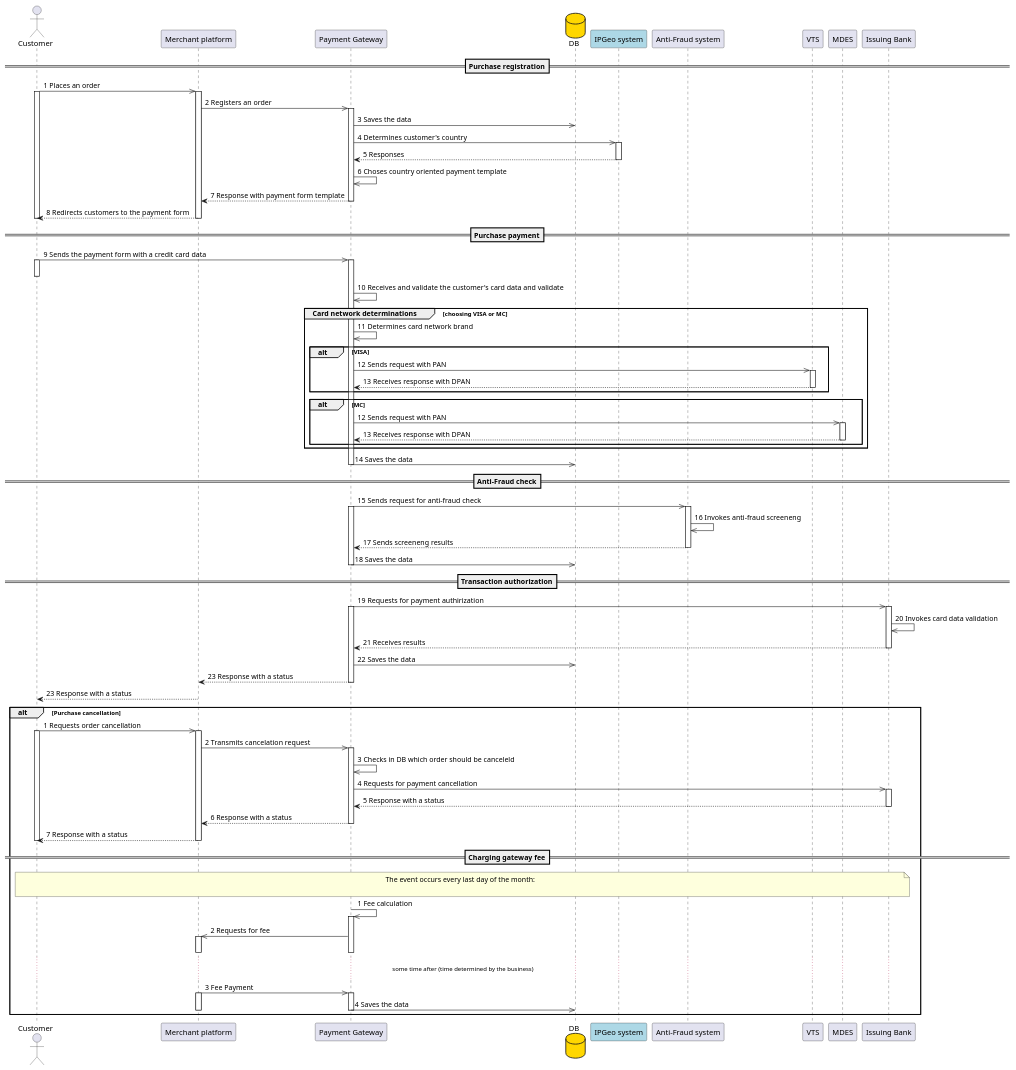
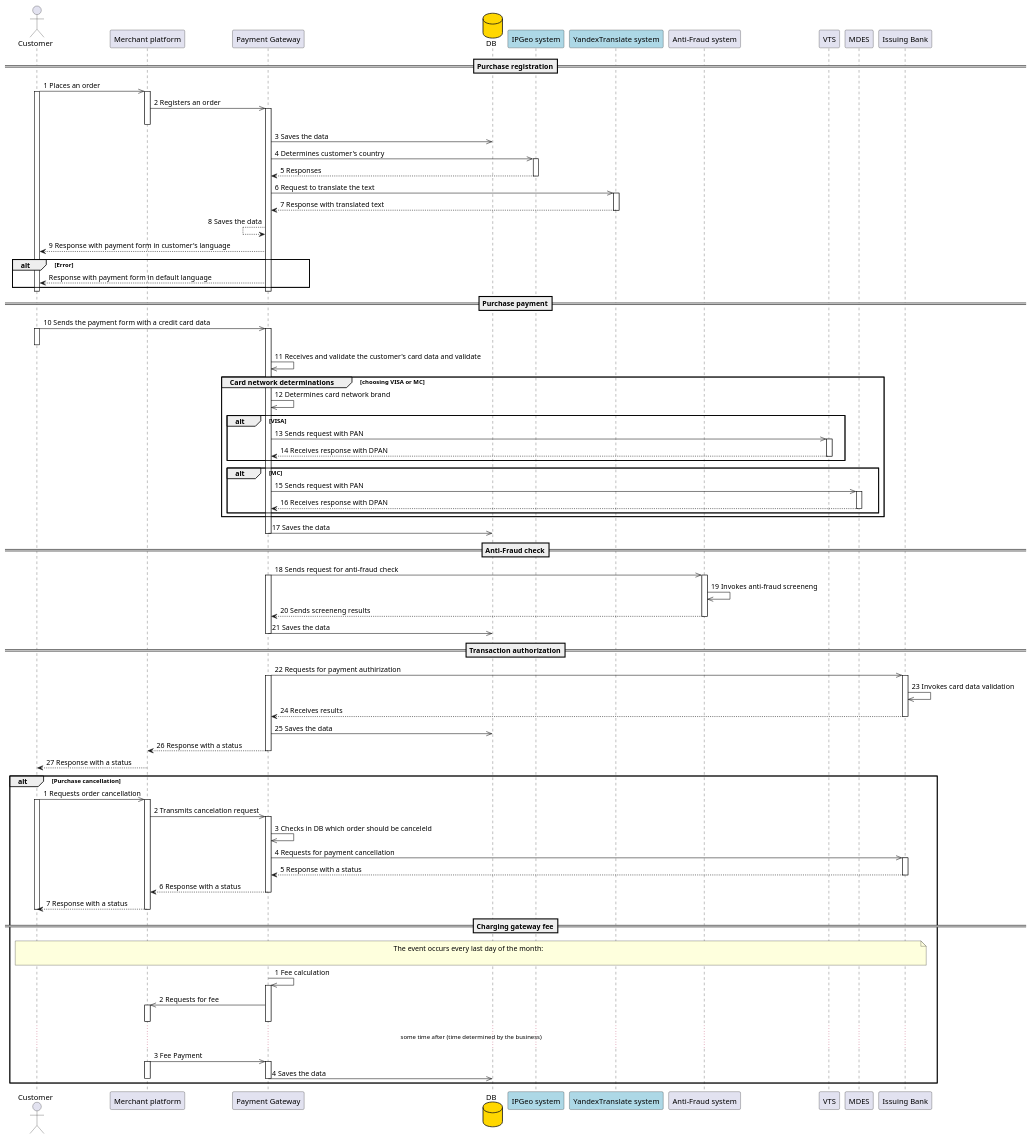
One commit to Hello-Stella/Solutions changed the diagram in .idea/src/main/OpenApi/3 System architecture/3 Main architecture.puml. Above: the diagram before and after it, drawn with PlantUML. The commit also changed 7 other files, not shown here.

```diff
--- a/.idea/src/main/OpenApi/3 System architecture/3 Main architecture.puml
+++ b/.idea/src/main/OpenApi/3 System architecture/3 Main architecture.puml
@@ -1,125 +1,133 @@
 @startuml
 
 actor "Customer" as A
 participant "Merchant platform" as B
 participant "Payment Gateway" as C
 database DB  #gold
 participant "IPGeo system" as D #lightblue
+participant "YandexTranslate system" as II #lightblue
 participant "Anti-Fraud system" as E
 participant "VTS" as F
 participant "MDES" as G
 participant "Issuing Bank" as H
 
 ==Purchase registration==
 "A" ->> "B": 1 Places an order
+Activate B
 Activate A
-Activate B
 "B" ->> "C": 2 Registers an order
 Activate C
+Deactivate B
 "C" ->> DB: 3 Saves the data
 "C" ->> "D": 4 Determines customer's country
 Activate D
 "C" <-- "D": 5 Responses
 Deactivate D
-"C" ->> "C": 6 Choses country oriented payment template
-"B" <-- "C": 7 Response with payment form template
+
+"C" ->> "II": 6 Request to translate the text
+Activate II
+"C" <-- "II": 7 Response with translated text
+Deactivate II
+"C" <--  "C": 8 Saves the data
+"A" <-- "C": 9 Response with payment form in customer's language
+alt Error
+"A" <-- "C": Response with payment form in default language
+end
 Deactivate C
-"A" <-- "B": 8 Redirects customers to the payment form
-Deactivate B
 Deactivate A
 
 
 ==Purchase payment==
-"A" ->> "C": 9 Sends the payment form with a credit card data
+"A" ->> "C": 10 Sends the payment form with a credit card data
 Activate A
 Activate C
 Deactivate A
-"C" ->> "C": 10 Receives and validate the customer's card data and validate
+"C" ->> "C": 11 Receives and validate the customer's card data and validate
 group Card network determinations [choosing VISA or MC]
-"C" ->> "C": 11 Determines card network brand
+"C" ->> "C": 12 Determines card network brand
 alt VISA
-"C" ->> "F":  12 Sends request with PAN
+"C" ->> "F":  13 Sends request with PAN
 Activate F
-"C" <-- "F":  13 Receives response with DPAN
+"C" <-- "F":  14 Receives response with DPAN
 Deactivate F
 end
 alt MC
-"C" ->> "G":  12 Sends request with PAN
+"C" ->> "G":  15 Sends request with PAN
 Activate G
-"C" <-- "G":  13 Receives response with DPAN
+"C" <-- "G":  16 Receives response with DPAN
 Deactivate G
 end
 end
-"C" ->> DB: 14 Saves the data
+"C" ->> DB: 17 Saves the data
 Deactivate C
 Deactivate B
 
 
 ==Anti-Fraud check==
-"C" ->> "E": 15 Sends request for anti-fraud check
+"C" ->> "E": 18 Sends request for anti-fraud check
 Activate C
 Activate E
-"E" ->> "E": 16 Invokes anti-fraud screeneng
-"C" <-- "E": 17 Sends screeneng results
+"E" ->> "E": 19 Invokes anti-fraud screeneng
+"C" <-- "E": 20 Sends screeneng results
 Deactivate E
-"C" ->> DB: 18 Saves the data
+"C" ->> DB: 21 Saves the data
 Deactivate C
 
 ==Transaction authorization==
-"C" ->> "H": 19 Requests for payment authirization
+"C" ->> "H": 22 Requests for payment authirization
 Activate C
 Activate H
-"H" ->> "H": 20 Invokes card data validation
-"C" <-- "H": 21 Receives results
+"H" ->> "H": 23 Invokes card data validation
+"C" <-- "H": 24 Receives results
 Deactivate H
-"C" ->> DB: 22 Saves the data
-"B" <-- "C": 23 Response with a status
+"C" ->> DB: 25 Saves the data
+"B" <-- "C": 26 Response with a status
 Deactivate C
-"A" <-- "B": 23 Response with a status
+"A" <-- "B": 27 Response with a status
 Deactivate B
 Deactivate A
 
 alt Purchase cancellation
 "A" ->> "B": 1 Requests order cancellation
 Activate A
 Activate B
 "B" ->> "C": 2 Transmits cancelation request
 Activate C
 "C" ->> "C": 3 Checks in DB which order should be canceleld
 "C" ->> "H": 4 Requests for payment cancellation
 Activate H
 "C" <-- "H": 5 Response with a status
 Deactivate H
 "B" <-- "C": 6 Response with a status
 Deactivate C
 "A" <-- "B": 7 Response with a status
 Deactivate B
 Deactivate A
 
 
 ==Charging gateway fee==
 
 note across: The event occurs every last day of the month:\n""""
 
 "C"->>"C": 1 Fee calculation
 Activate C
 "B" <<-"C": 2 Requests for fee
 Activate B
 
 Deactivate B
 Deactivate C
 
 ...some time after (time determined by the business)...
 
 "B" ->> "C": 3 Fee Payment
 Activate C
 Activate B
 "C" ->> DB: 4 Saves the data
 Deactivate C
 Deactivate B
 
 
 
 
 end
 @enduml
```
